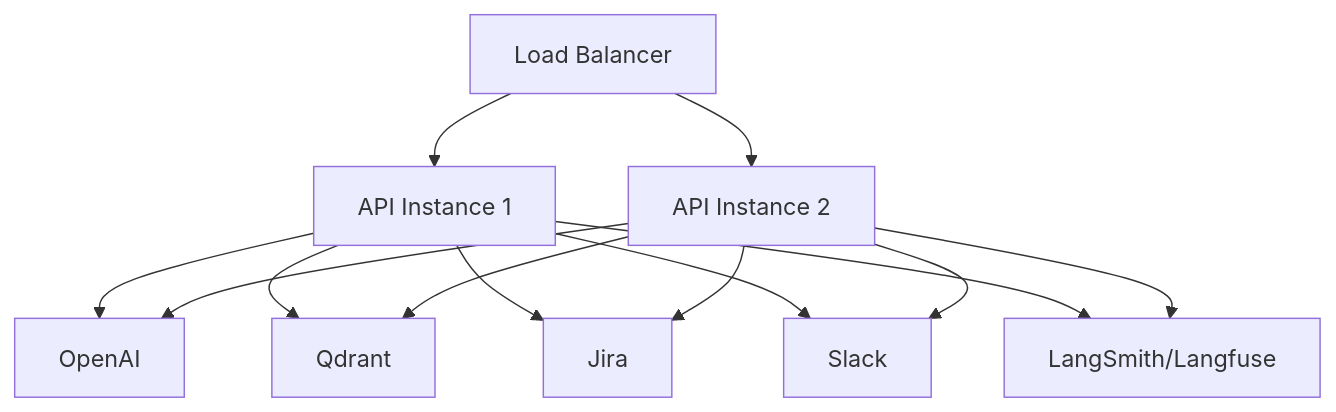
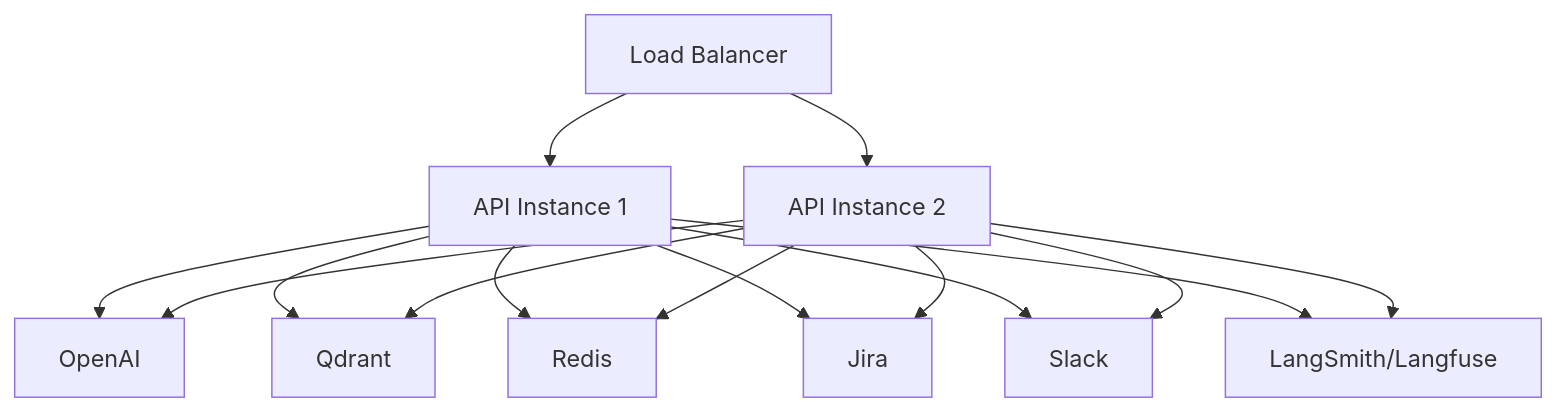
The sixth of 6 diagrams in docs/diagram.md (thanhit08/aiagt-aia), drawn with Mermaid before and after one commit. The commit also changed other lines of this file and 11 other files, not shown here.

````diff
--- a/docs/diagram.md
+++ b/docs/diagram.md
@@ -91,15 +93,17 @@
 ```mermaid
 flowchart TB
     LB[Load Balancer] --> API1[API Instance 1]
     LB --> API2[API Instance 2]
     API1 --> OpenAI
     API2 --> OpenAI
     API1 --> Qdrant
     API2 --> Qdrant
+    API1 --> Redis
+    API2 --> Redis
     API1 --> Jira
     API2 --> Jira
     API1 --> Slack
     API2 --> Slack
     API1 --> Obs[LangSmith/Langfuse]
     API2 --> Obs
 ```
````
